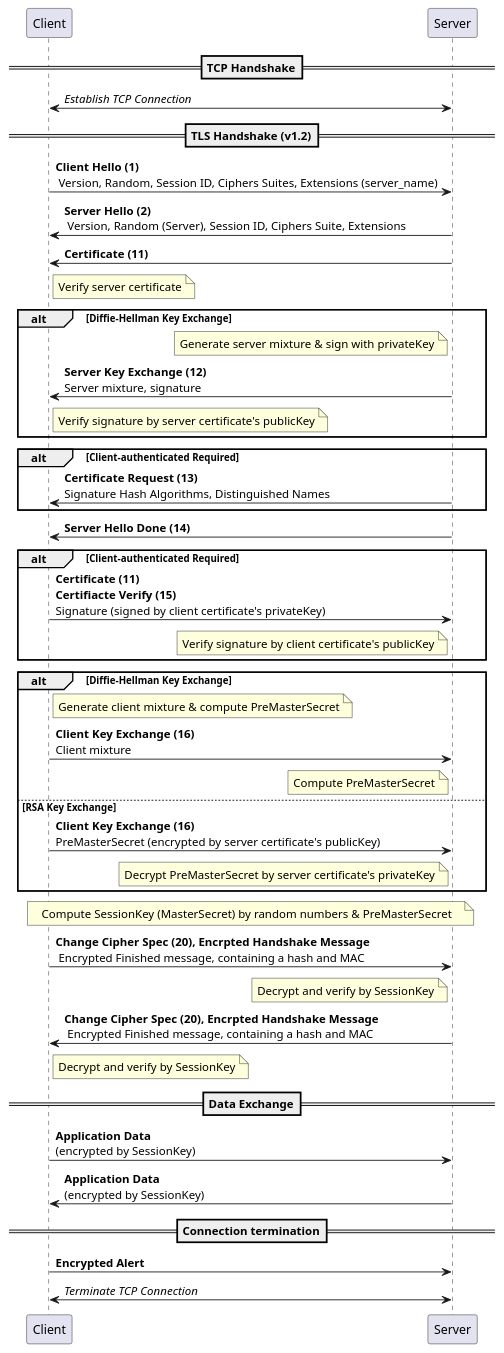
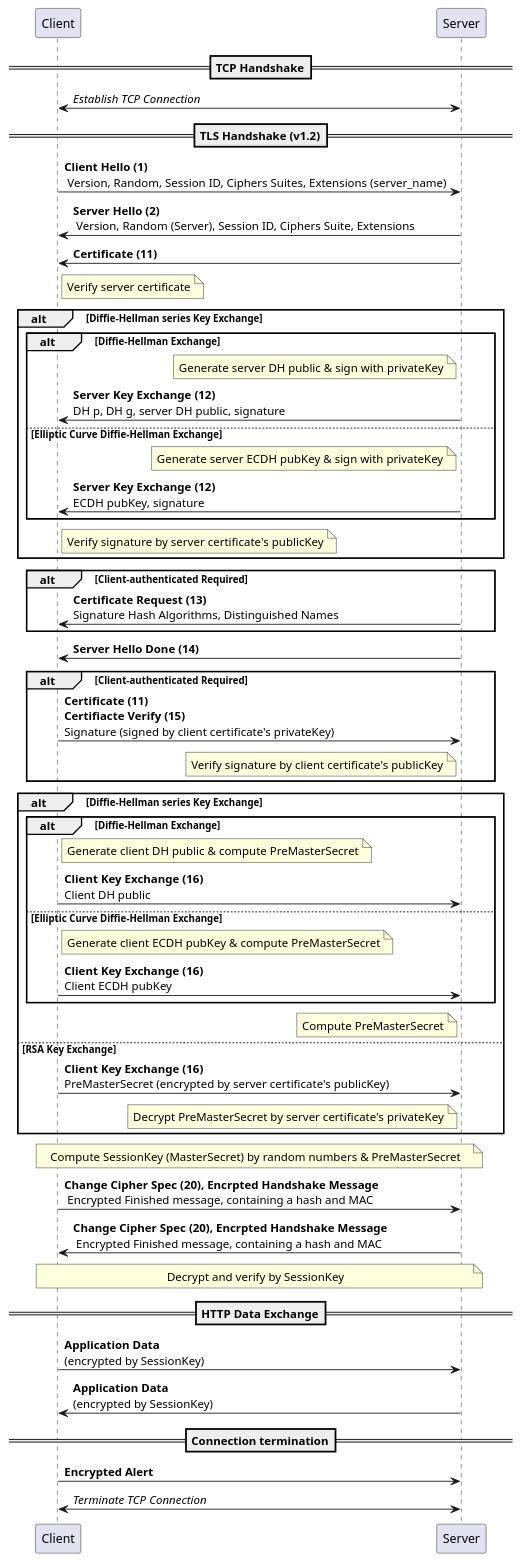
Before and after one commit to yidas/web-service-protocols: the diagram in http/https-flow.plantuml, drawn with PlantUML.

```diff
--- a/http/https-flow.plantuml
+++ b/http/https-flow.plantuml
@@ -1,43 +1,52 @@
 @startuml
 participant "Client" as c
 participant "Server" as s
 ==TCP Handshake==
 c<->s: //Establish TCP Connection//
 ==TLS Handshake (v1.2)==
 c->s: **Client Hello (1)**\n Version, Random, Session ID, Ciphers Suites, Extensions (server_name)
 s->c: **Server Hello (2)**\n Version, Random (Server), Session ID, Ciphers Suite, Extensions
 s->c: **Certificate (11)**
 note right c: Verify server certificate
-alt Diffie-Hellman Key Exchange
-  note left s: Generate server mixture & sign with privateKey
-  s->c: **Server Key Exchange (12)** \nServer mixture, signature
+alt Diffie-Hellman series Key Exchange
+  alt Diffie-Hellman Exchange
+    note left s: Generate server DH public & sign with privateKey
+    s->c: **Server Key Exchange (12)** \nDH p, DH g, server DH public, signature
+  else Elliptic Curve Diffie-Hellman Exchange
+    note left s: Generate server ECDH pubKey & sign with privateKey
+    s->c: **Server Key Exchange (12)** \nECDH pubKey, signature
+  end
   note right c: Verify signature by server certificate's publicKey
 end
 alt Client-authenticated Required
   s->c: **Certificate Request (13)** \nSignature Hash Algorithms, Distinguished Names
 end
 s->c: **Server Hello Done (14)**
 alt Client-authenticated Required
   c->s: **Certificate (11)** \n**Certifiacte Verify (15)**\nSignature (signed by client certificate's privateKey)
   note left s: Verify signature by client certificate's publicKey
 end
-alt Diffie-Hellman Key Exchange
-  note right c: Generate client mixture & compute PreMasterSecret
-  c->s: **Client Key Exchange (16)** \nClient mixture
+alt Diffie-Hellman series Key Exchange
+  alt Diffie-Hellman Exchange
+    note right c: Generate client DH public & compute PreMasterSecret
+    c->s: **Client Key Exchange (16)** \nClient DH public
+  else Elliptic Curve Diffie-Hellman Exchange
+    note right c: Generate client ECDH pubKey & compute PreMasterSecret
+    c->s: **Client Key Exchange (16)** \nClient ECDH pubKey
+  end
   note left s: Compute PreMasterSecret
 else RSA Key Exchange
   c->s: **Client Key Exchange (16)** \nPreMasterSecret (encrypted by server certificate's publicKey)
   note left s: Decrypt PreMasterSecret by server certificate's privateKey
 end
 note over c, s: Compute SessionKey (MasterSecret) by random numbers & PreMasterSecret
 c->s: **Change Cipher Spec (20), Encrpted Handshake Message**\n Encrypted Finished message, containing a hash and MAC
-note left s: Decrypt and verify by SessionKey
 s->c: **Change Cipher Spec (20), Encrpted Handshake Message**\n Encrypted Finished message, containing a hash and MAC
-note right c: Decrypt and verify by SessionKey
-==Data Exchange==
+note over c, s: Decrypt and verify by SessionKey
+==HTTP Data Exchange==
 c->s: **Application Data** \n(encrypted by SessionKey)
 s->c: **Application Data** \n(encrypted by SessionKey)
 ==Connection termination==
 c->s: **Encrypted Alert**
 c<->s: //Terminate TCP Connection//
 @enduml
```
